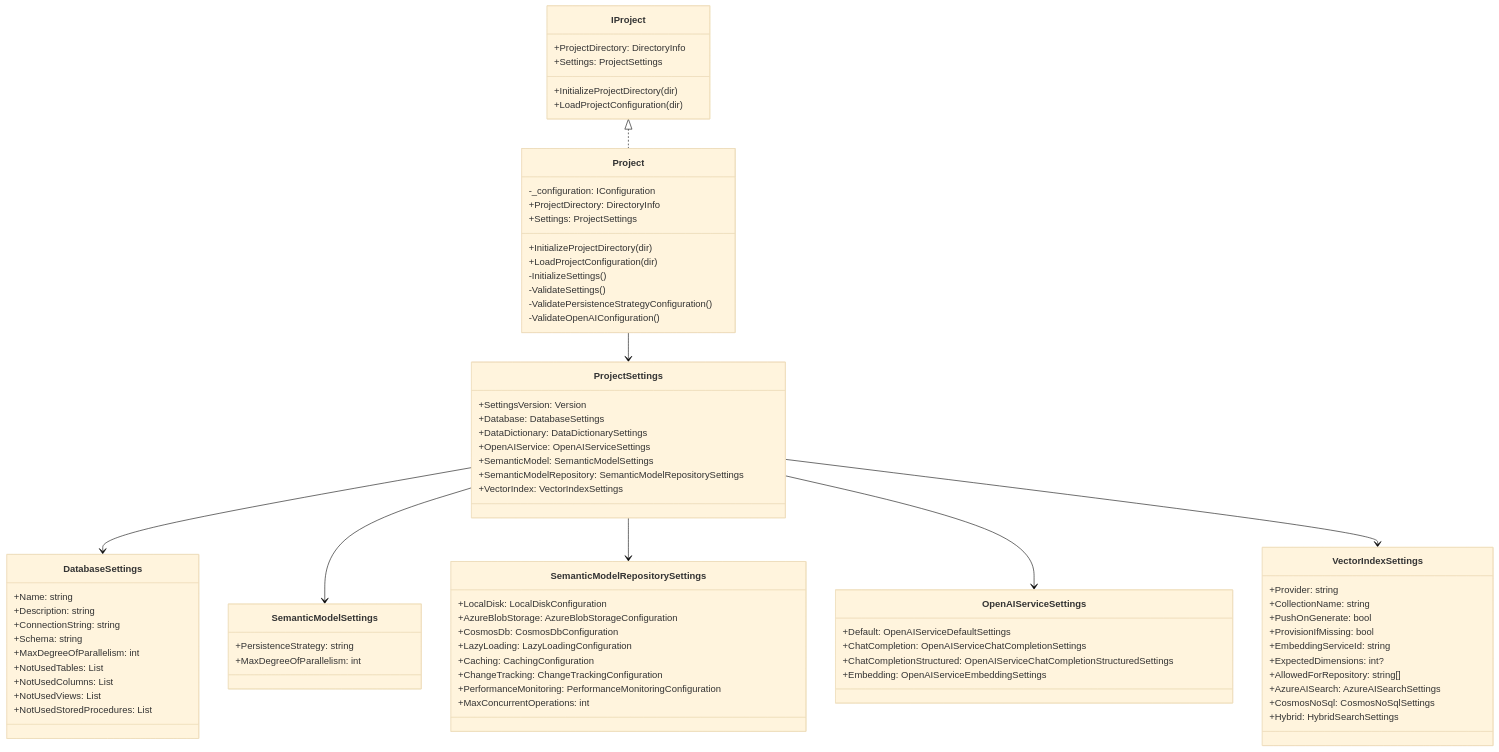
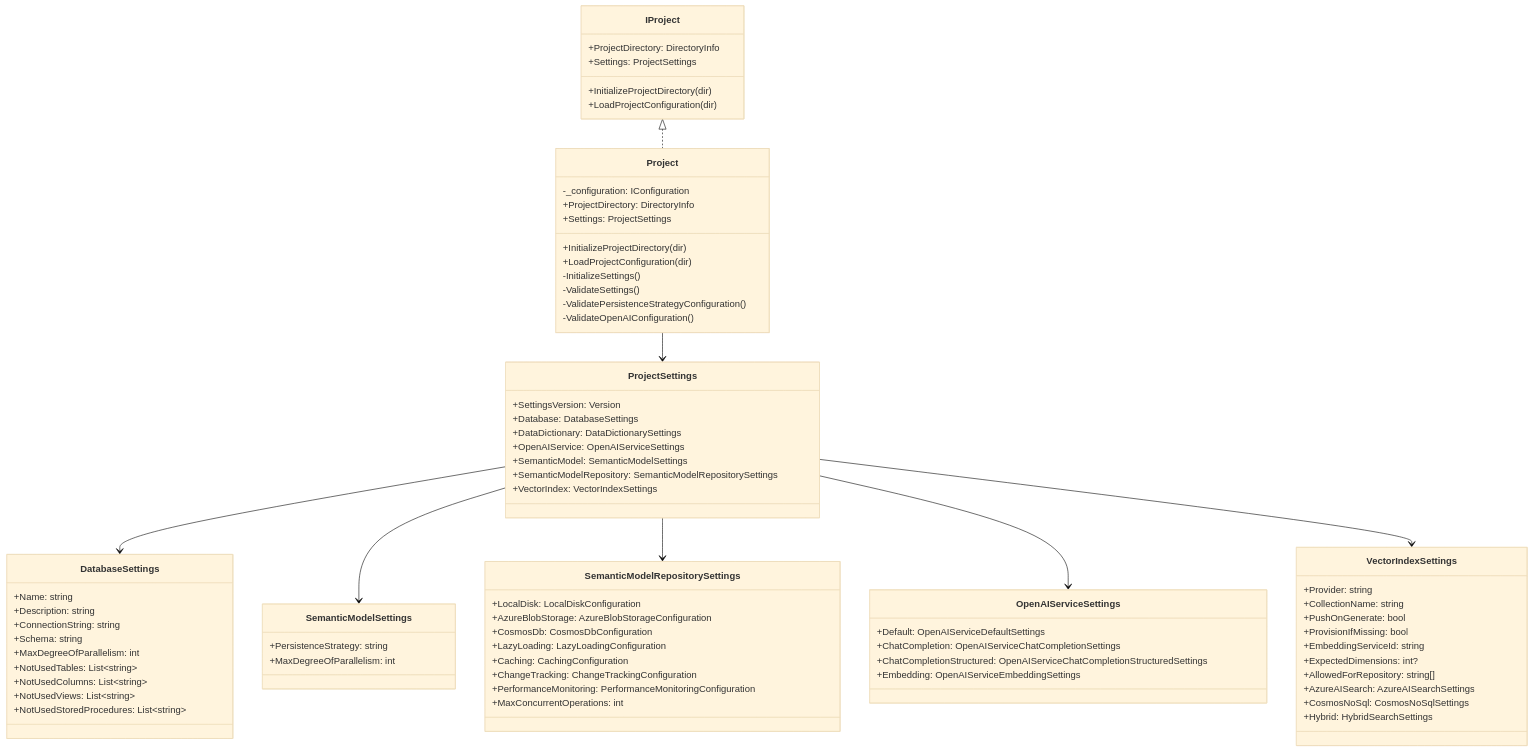
The second of 2 diagrams in docs/components/project-model-documentation.md (PlagueHO/genai-database-explorer), drawn with Mermaid (base theme) before and after one commit.

Commit message:
CHANGE: Update type notation in interface documentation
- Modify type notation for NotUsedTables, NotUsedColumns, NotUsedViews, and NotUsedStoredProcedures in the class diagram for clarity.

```diff
--- a/docs/components/project-model-documentation.md
+++ b/docs/components/project-model-documentation.md
@@ -96,10 +96,10 @@
     +ConnectionString: string
     +Schema: string
     +MaxDegreeOfParallelism: int
-    +NotUsedTables: List<string>
-    +NotUsedColumns: List<string>
-    +NotUsedViews: List<string>
-    +NotUsedStoredProcedures: List<string>
+    +NotUsedTables: List~string~
+    +NotUsedColumns: List~string~
+    +NotUsedViews: List~string~
+    +NotUsedStoredProcedures: List~string~
   }
 
   class SemanticModelSettings {
```
